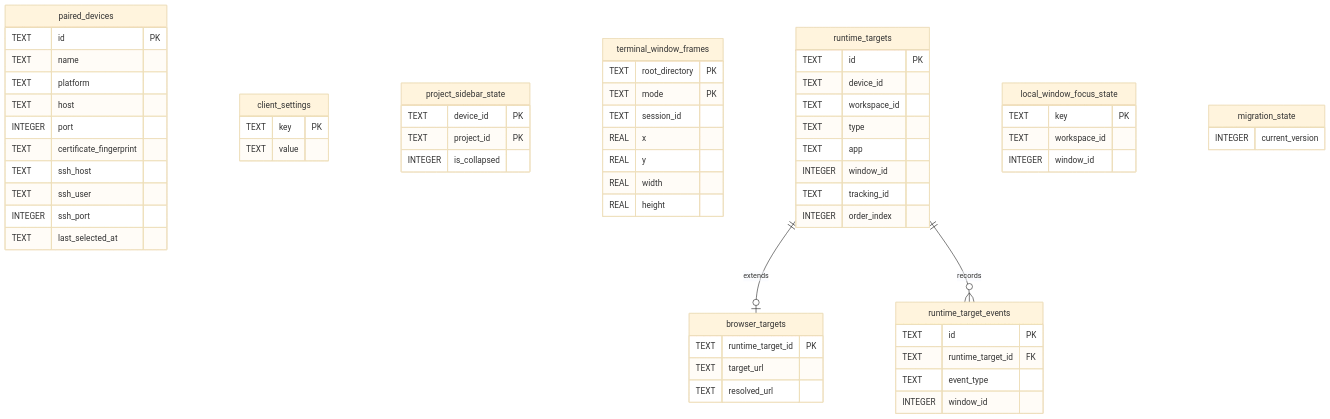
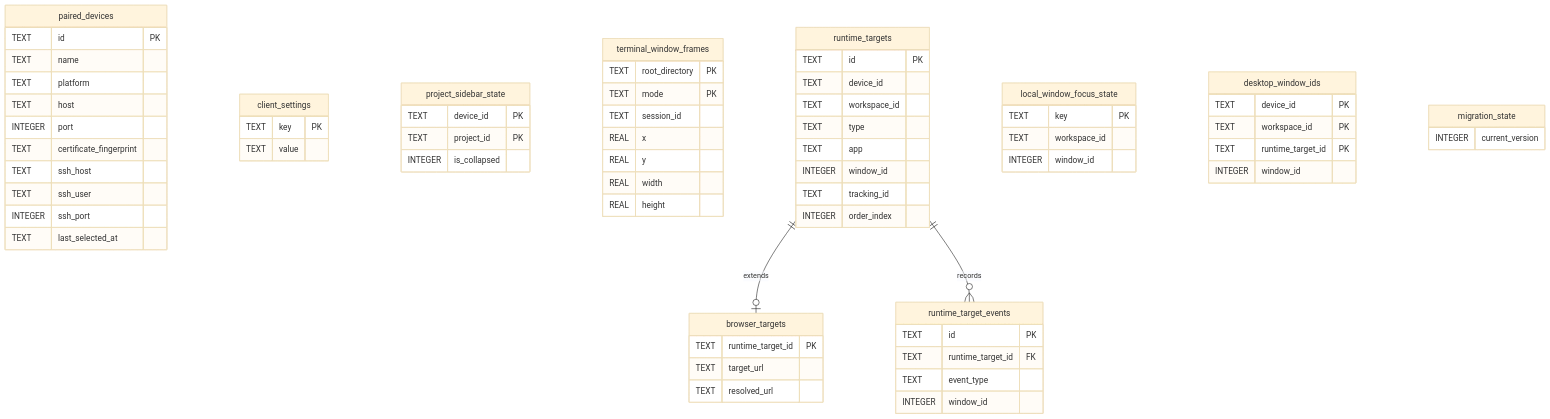
Before and after one commit to yogesh-dhande/spaces: the fourth of 4 diagrams in docs/implementation.md, drawn with Mermaid (base theme). The commit also changed other lines of this file and 19 other files, not shown here.

````diff
--- a/docs/implementation.md
+++ b/docs/implementation.md
@@ -547,73 +546,80 @@
 ```mermaid
 erDiagram
   paired_devices {
     TEXT id PK
     TEXT name
     TEXT platform
     TEXT host
     INTEGER port
     TEXT certificate_fingerprint
     TEXT ssh_host
     TEXT ssh_user
     INTEGER ssh_port
     TEXT last_selected_at
   }
 
   client_settings {
     TEXT key PK
     TEXT value
   }
 
   project_sidebar_state {
     TEXT device_id PK
     TEXT project_id PK
     INTEGER is_collapsed
   }
 
   terminal_window_frames {
     TEXT root_directory PK
     TEXT mode PK
     TEXT session_id
     REAL x
     REAL y
     REAL width
     REAL height
   }
 
   runtime_targets {
     TEXT id PK
     TEXT device_id
     TEXT workspace_id
     TEXT type
     TEXT app
     INTEGER window_id
     TEXT tracking_id
     INTEGER order_index
   }
 
   browser_targets {
     TEXT runtime_target_id PK
     TEXT target_url
     TEXT resolved_url
   }
 
   runtime_target_events {
     TEXT id PK
     TEXT runtime_target_id FK
     TEXT event_type
     INTEGER window_id
   }
 
   local_window_focus_state {
     TEXT key PK
     TEXT workspace_id
     INTEGER window_id
   }
 
+  desktop_window_ids {
+    TEXT device_id PK
+    TEXT workspace_id PK
+    TEXT runtime_target_id PK
+    INTEGER window_id
+  }
+
   migration_state {
     INTEGER current_version
   }
 
   runtime_targets ||--o| browser_targets : extends
   runtime_targets ||--o{ runtime_target_events : records
 ```
````
